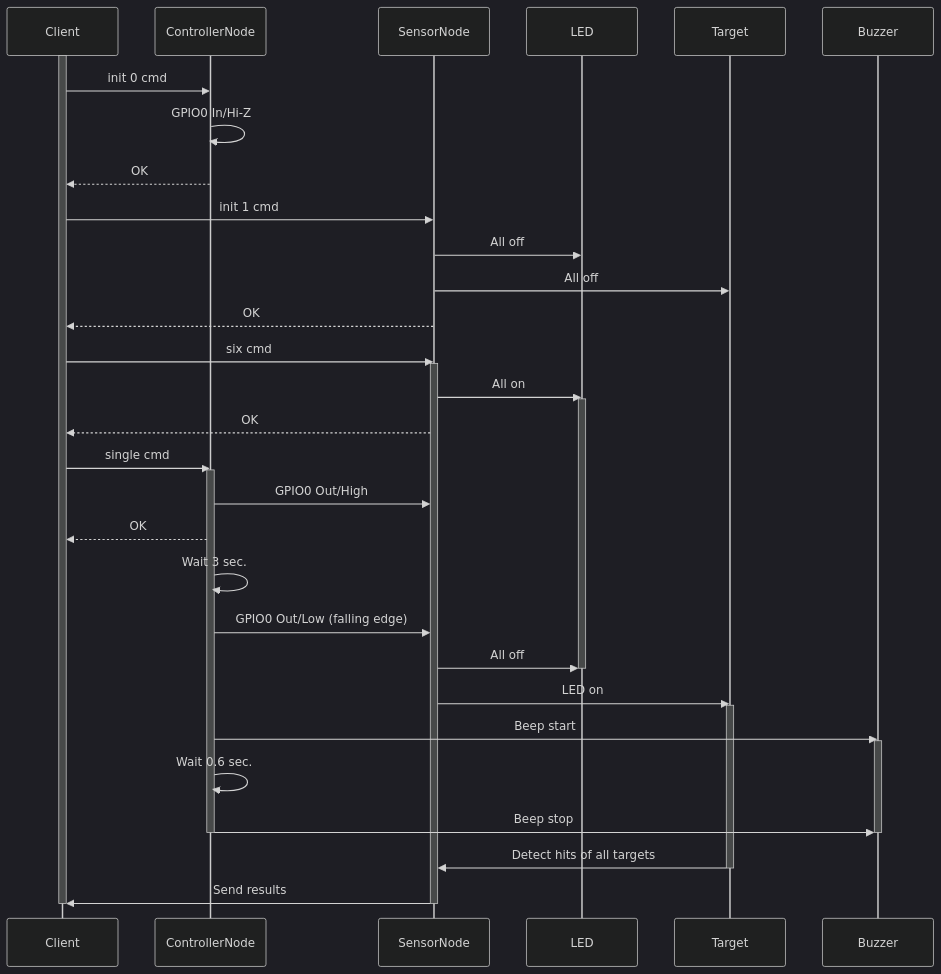
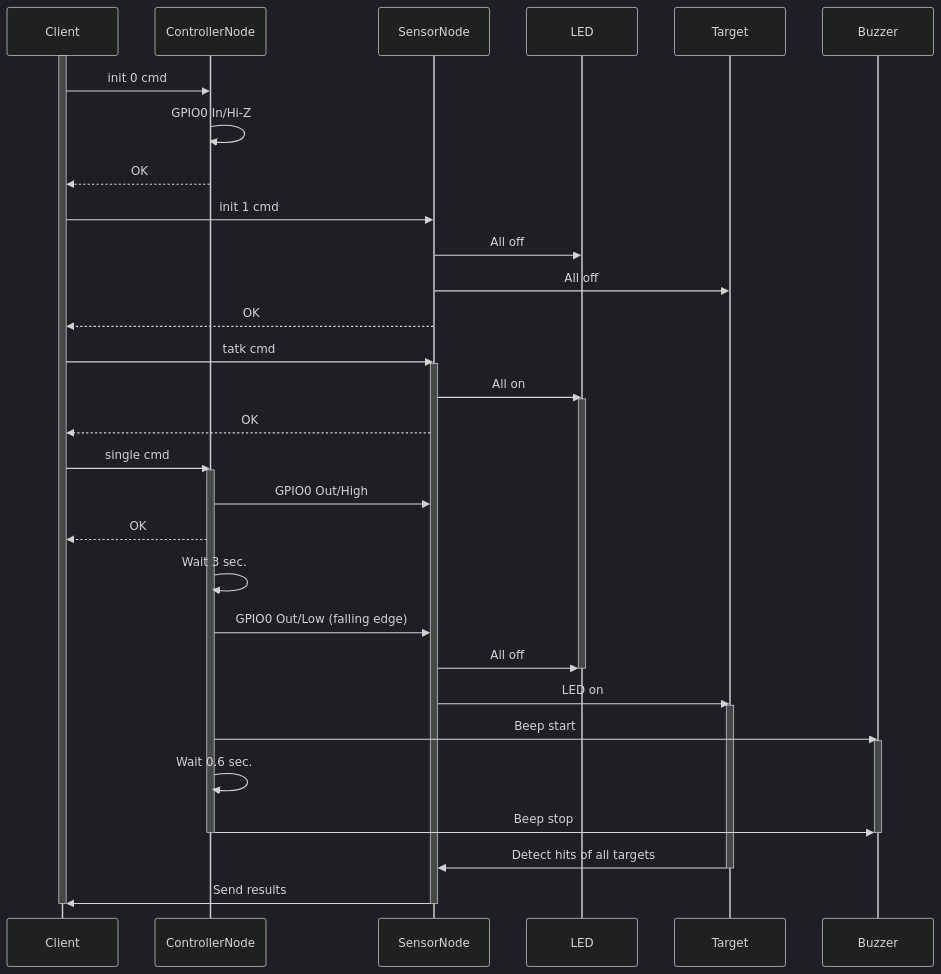
Before and after one commit to katsuster/target-6-client: the second of 3 diagrams in doc/single.md, drawn with Mermaid (dark theme). The commit also changed other lines of this file, not shown here.

Commit message:
doc: change command name of time attack mode to tatk

````diff
--- a/doc/single.md
+++ b/doc/single.md
@@ -69,52 +71,52 @@
 ```mermaid
 sequenceDiagram
 participant client as Client
 participant controller as ControllerNode
 participant sensor as SensorNode
 participant led as LED
 participant target as Target
 participant buzzer as Buzzer
 
 activate client
 
 client ->> controller: init 0 cmd
 controller ->> controller: GPIO0 In/Hi-Z
 controller -->> client: OK
 
 client ->> sensor: init 1 cmd
 sensor ->> led: All off
 sensor ->> target: All off
 sensor -->> client: OK
 
-client ->> sensor: six cmd
+client ->> sensor: tatk cmd
 activate sensor
 sensor ->> led: All on
 activate led
 sensor -->> client: OK
 
 client ->> controller: single cmd
 activate controller
 controller ->> sensor: GPIO0 Out/High
 controller -->> client: OK
 
 controller ->> controller: Wait 3 sec.
 controller ->> sensor: GPIO0 Out/Low (falling edge)
 sensor ->> led: All off
 deactivate led
 sensor ->> target: LED on
 activate target
 
 controller ->> buzzer: Beep start
 activate buzzer
 controller ->> controller: Wait 0.6 sec.
 controller ->> buzzer: Beep stop
 deactivate buzzer
 deactivate controller
 
 target ->> sensor: Detect hits of all targets
 deactivate target
 sensor ->> client: Send results
 deactivate sensor
 
 deactivate client
 ```
````
